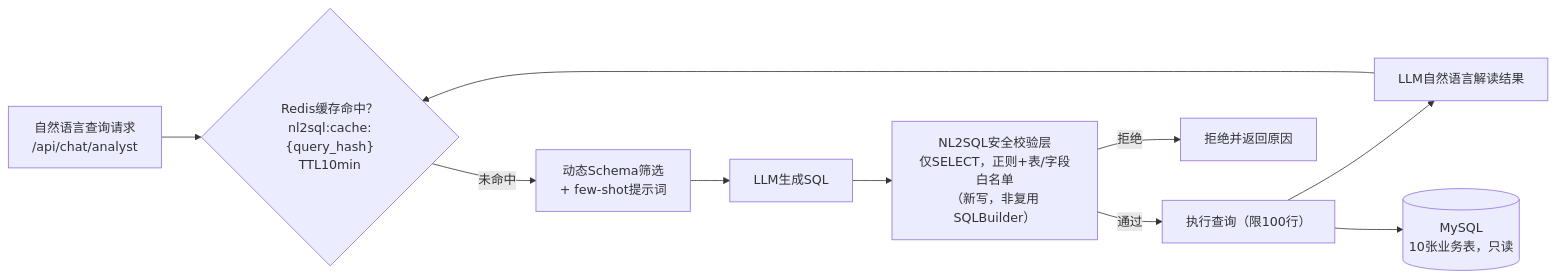
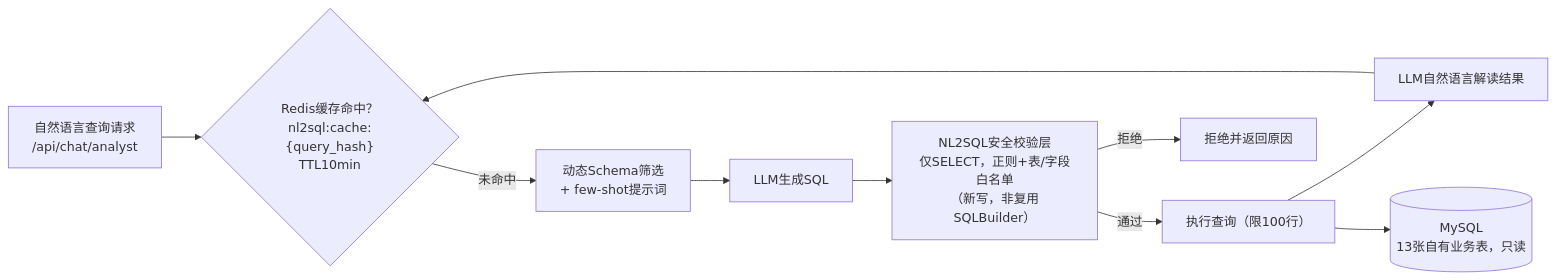
The seventh of 8 diagrams in docs/架构设计文档.md (Luckydajiupro/wealth-butler), drawn with Mermaid before and after one commit. The commit also changed other lines of this file and 302 other files, not shown here.

````diff
--- a/docs/架构设计文档.md
+++ b/docs/架构设计文档.md
@@ -414,12 +418,12 @@
 ```mermaid
 graph LR
     In["自然语言查询请求<br/>/api/chat/analyst"] --> Cache{"Redis缓存命中？<br/>nl2sql:cache:{query_hash}<br/>TTL10min"}
     Cache -- 未命中 --> Schema["动态Schema筛选<br/>+ few-shot提示词"]
     Schema --> GenSQL["LLM生成SQL"]
     GenSQL --> Guard["NL2SQL安全校验层<br/>仅SELECT，正则+表/字段白名单<br/>（新写，非复用SQLBuilder）"]
     Guard -- 通过 --> Exec["执行查询（限100行）"]
     Guard -- 拒绝 --> Reject["拒绝并返回原因"]
     Exec --> Interpret["LLM自然语言解读结果"]
     Interpret --> Cache
-    Exec --> MySQL[(MySQL<br/>10张业务表，只读)]
+    Exec --> MySQL[(MySQL<br/>13张自有业务表，只读)]
 ```
````
